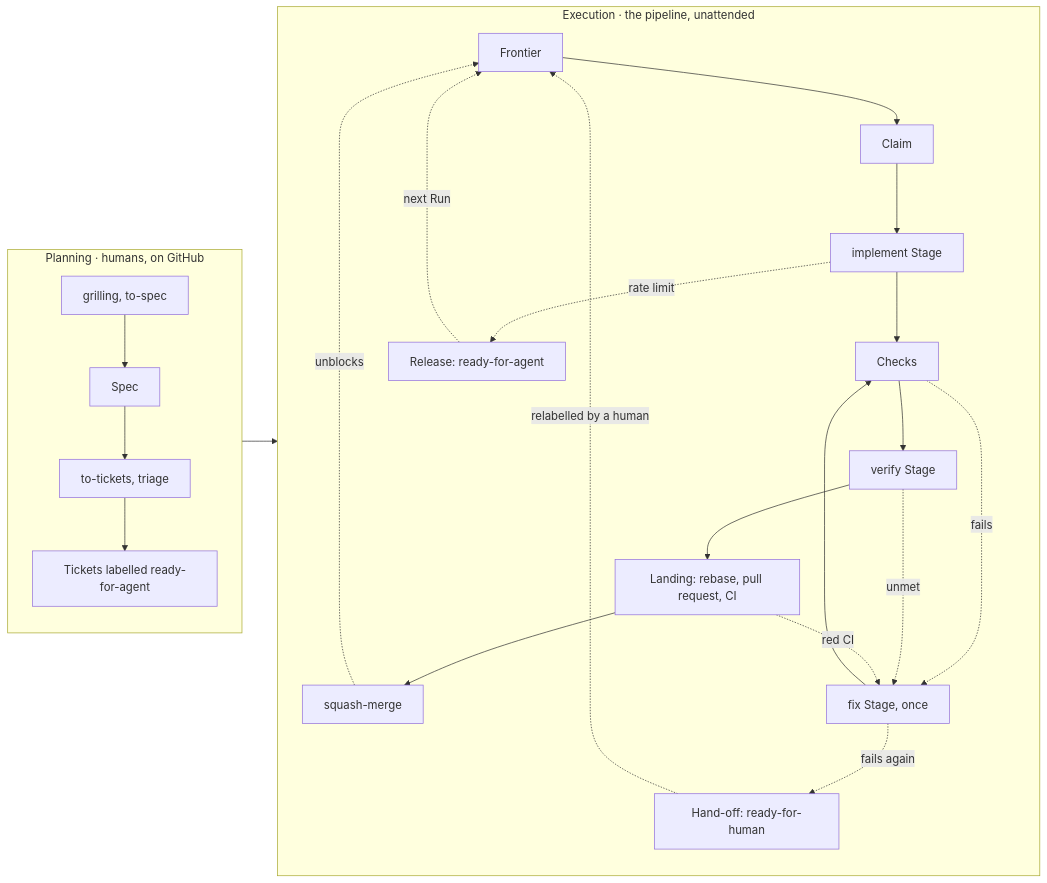
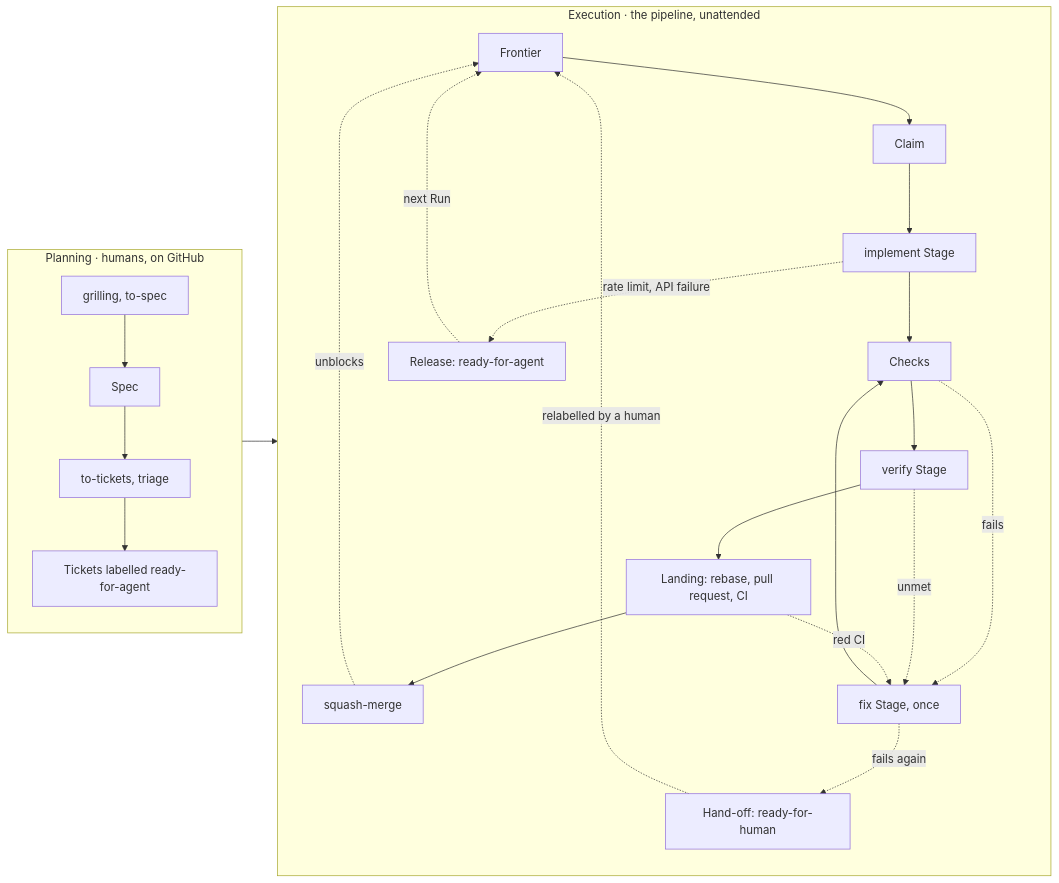
The diagram in wiki/index.md (jjongs2/ticket-runner), drawn with Mermaid before and after one commit. The commit also changed other lines of this file and 30 other files, not shown here.

First line of the commit message:
fix: release on a transient API failure and say when the limit resets (#233)

````diff
--- a/wiki/index.md
+++ b/wiki/index.md
@@ -50,28 +50,28 @@
 ```mermaid
 flowchart LR
   subgraph Planning["Planning · humans, on GitHub"]
     direction TB
     G["grilling, to-spec"] --> S[Spec]
     S --> T["to-tickets, triage"]
     T --> R["Tickets labelled ready-for-agent"]
   end
   subgraph Execution["Execution · the pipeline, unattended"]
     direction TB
     F[Frontier] --> C[Claim]
     C --> I[implement Stage]
     I --> K[Checks]
     K --> V[verify Stage]
     V --> L["Landing: rebase, pull request, CI"]
     L --> M[squash-merge]
     K -. fails .-> X[fix Stage, once]
     V -. unmet .-> X
     L -. red CI .-> X
     X --> K
     X -. fails again .-> H["Hand-off: ready-for-human"]
-    I -. rate limit .-> RL["Release: ready-for-agent"]
+    I -. rate limit, API failure .-> RL["Release: ready-for-agent"]
   end
   R --> F
   M -. unblocks .-> F
   H -. relabelled by a human .-> F
   RL -. next Run .-> F
 ```
````
